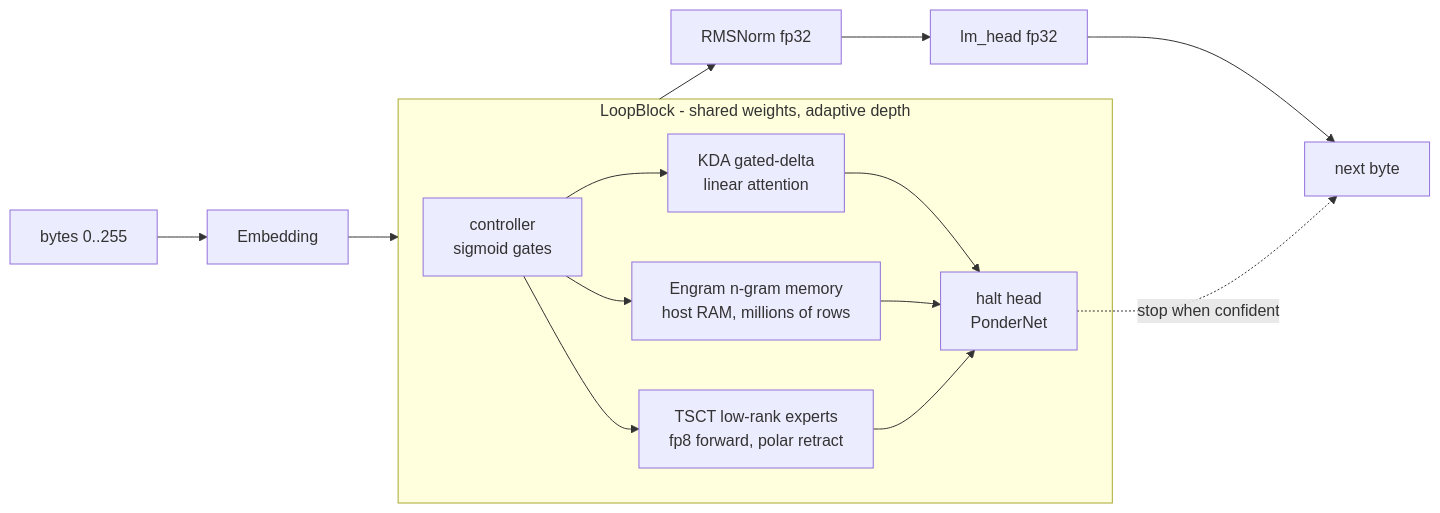
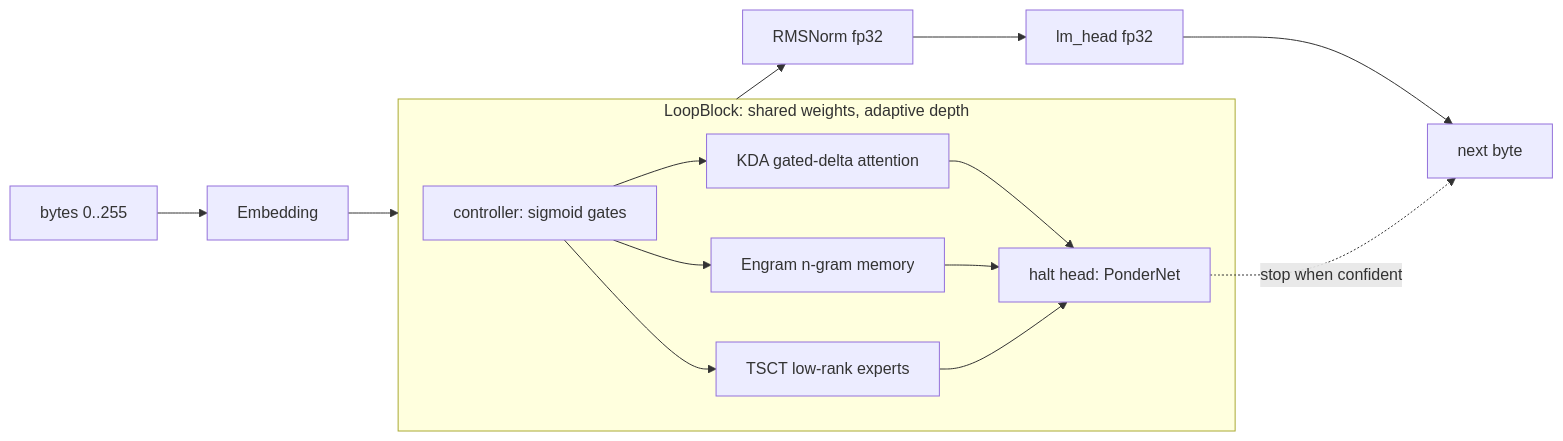
Before and after one commit to sehaxe/dormouse: the diagram in README.md, drawn with Mermaid.

Commit message:
readme: canonical mermaid syntax for the architecture diagram

````diff
--- a/README.md
+++ b/README.md
@@ -42,13 +42,15 @@
 ```mermaid
 flowchart LR
-    B[bytes 0..255] --> E[Embedding]
-    E --> L[LoopBlock x max_iter]
-    subgraph L[LoopBlock - shared weights, adaptive depth]
-        C[controller<br>sigmoid gates] --> K[KDA gated-delta<br>linear attention]
-        C --> G[Engram n-gram memory<br>host RAM, millions of rows]
-        C --> X[TSCT low-rank experts<br>fp8 forward, polar retract]
-        K & G & X --> H[halt head<br>PonderNet]
+    B["bytes 0..255"] --> E["Embedding"]
+    E --> L
+    subgraph L ["LoopBlock: shared weights, adaptive depth"]
+        C["controller: sigmoid gates"] --> K["KDA gated-delta attention"]
+        C --> G["Engram n-gram memory"]
+        C --> X["TSCT low-rank experts"]
+        K --> H["halt head: PonderNet"]
+        G --> H
+        X --> H
     end
-    L --> N[RMSNorm fp32] --> HD[lm_head fp32] --> P[next byte]
-    H -.->|stop when confident| P
+    L --> N["RMSNorm fp32"] --> HD["lm_head fp32"] --> P["next byte"]
+    H -.->|"stop when confident"| P
 ```
````
